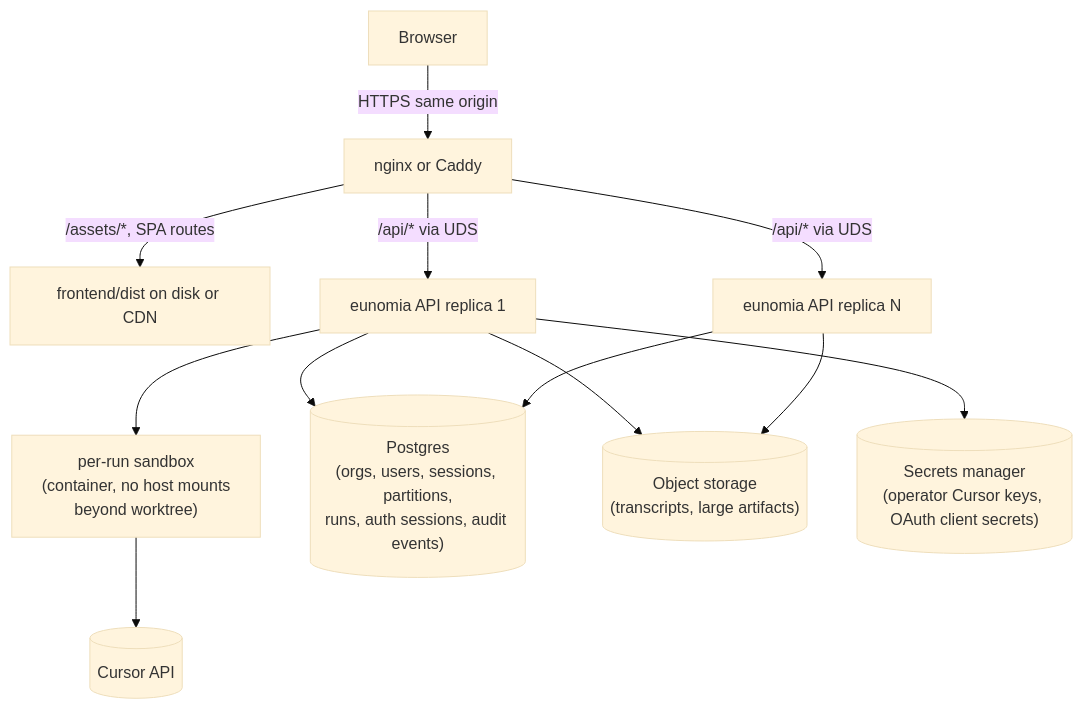
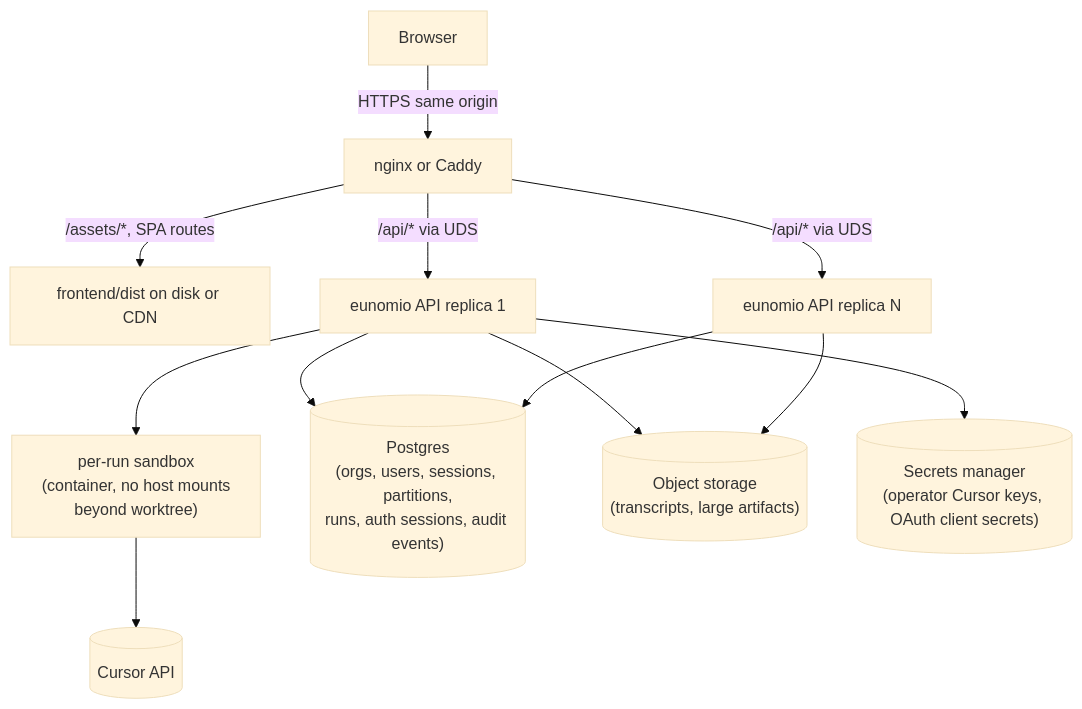
Before and after one commit to James-Mart/eunomio: the first of 2 diagrams in HOSTED_DEPLOYMENT.md, drawn with Mermaid (base theme). The commit also changed other lines of this file and 62 other files, not shown here.

````diff
--- a/HOSTED_DEPLOYMENT.md
+++ b/HOSTED_DEPLOYMENT.md
@@ -120,25 +120,25 @@
 ```mermaid
 flowchart TB
   browser[Browser]
   nginx[nginx or Caddy]
   static["frontend/dist on disk or CDN"]
-  api1[eunomia API replica 1]
-  api2[eunomia API replica N]
+  api1[eunomio API replica 1]
+  api2[eunomio API replica N]
   sandbox1["per-run sandbox<br/>(container, no host mounts<br/>beyond worktree)"]
   pg[("Postgres<br/>(orgs, users, sessions, partitions,<br/>runs, auth sessions, audit events)")]
   blob[("Object storage<br/>(transcripts, large artifacts)")]
   secrets[("Secrets manager<br/>(operator Cursor keys, OAuth client secrets)")]
   cursor[("Cursor API")]
 
   browser -->|"HTTPS same origin"| nginx
   nginx -->|"/assets/*, SPA routes"| static
   nginx -->|"/api/* via UDS"| api1
   nginx -->|"/api/* via UDS"| api2
   api1 --> pg
   api2 --> pg
   api1 --> blob
   api2 --> blob
   api1 --> secrets
   api1 --> sandbox1
   sandbox1 --> cursor
 ```
````
